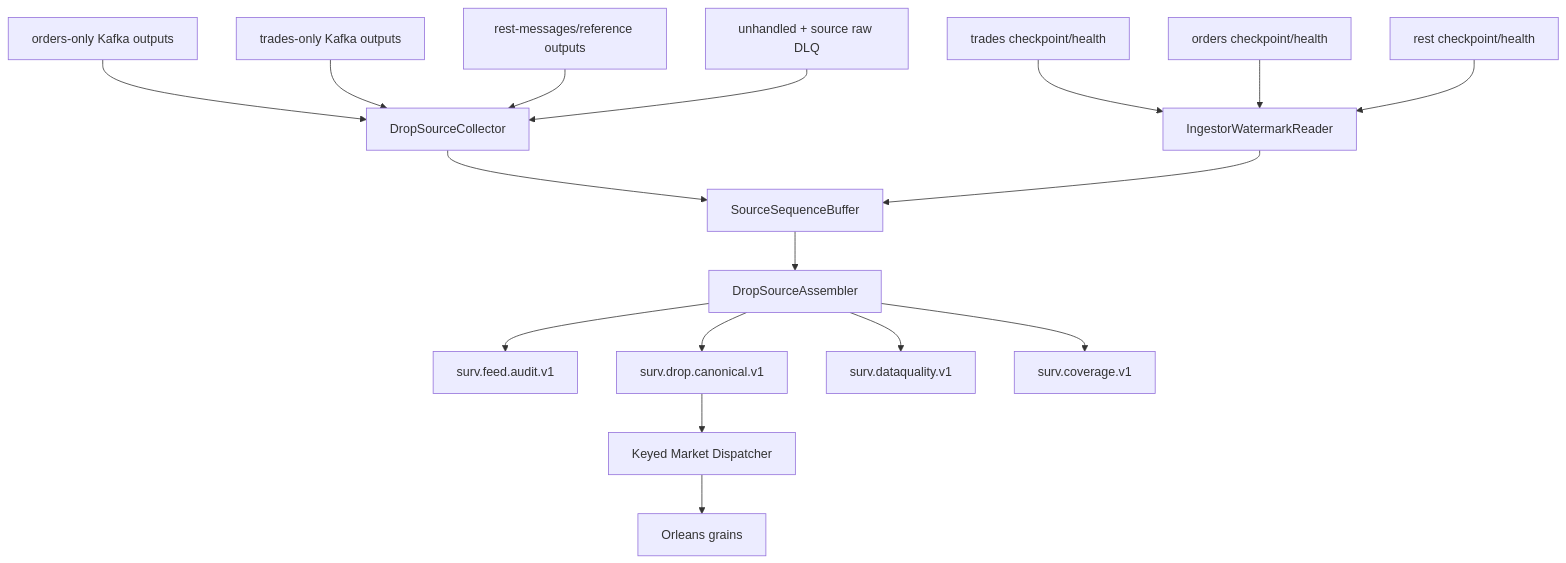
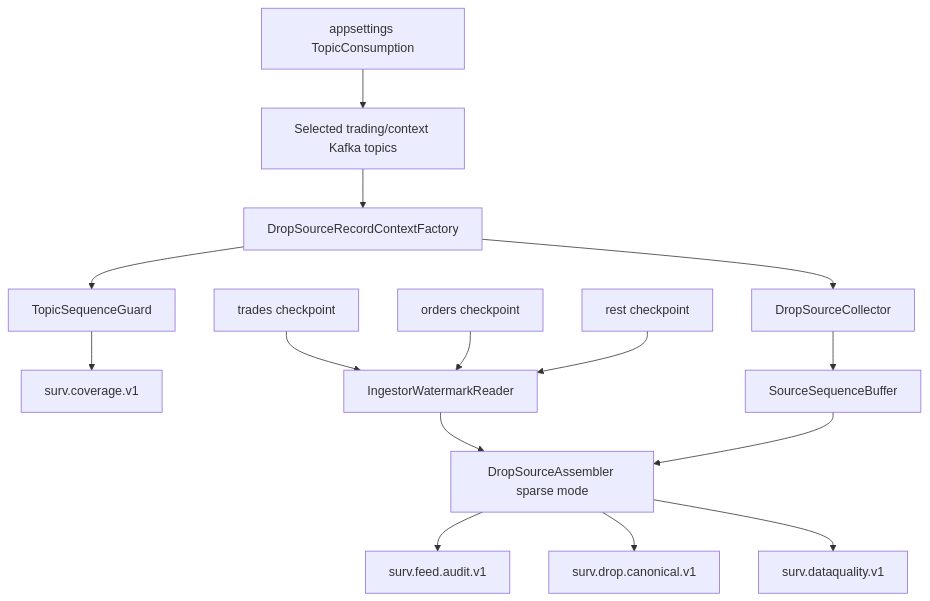
One commit to adnanelhabashy/surveillance-knowledge-base changed the diagram in Market-Surveillance-Full-Plan-Doc-Refrence/Architecture/Implementation-Start/09 - Source Assembly and Ordering Logic.md. Above: the diagram before and after it, drawn with Mermaid. The commit also changed other lines of this file, not shown here.

Commit message:
Use sparse MME ordering and per-topic gap detection

````diff
--- a/Market-Surveillance-Full-Plan-Doc-Refrence/Architecture/Implementation-Start/09 - Source Assembly and Ordering Logic.md
+++ b/Market-Surveillance-Full-Plan-Doc-Refrence/Architecture/Implementation-Start/09 - Source Assembly and Ordering Logic.md
@@ -61,23 +53,21 @@
 ```mermaid
 flowchart TB
-    O[orders-only Kafka outputs] --> COL[DropSourceCollector]
-    T[trades-only Kafka outputs] --> COL
-    R[rest-messages/reference outputs] --> COL
-    U[unhandled + source raw DLQ] --> COL
+    CFG[appsettings TopicConsumption] --> K[Selected trading/context Kafka topics]
+    K --> CTX[DropSourceRecordContextFactory]
 
-    W1[trades checkpoint/health] --> WM[IngestorWatermarkReader]
-    W2[orders checkpoint/health] --> WM
-    W3[rest checkpoint/health] --> WM
+    CTX --> TSG[TopicSequenceGuard]
+    TSG --> COVER[surv.coverage.v1]
 
+    CTX --> COL[DropSourceCollector]
     COL --> BUF[SourceSequenceBuffer]
-    WM --> BUF
 
-    BUF --> ASM[DropSourceAssembler]
+    W1[trades checkpoint] --> WM[IngestorWatermarkReader]
+    W2[orders checkpoint] --> WM
+    W3[rest checkpoint] --> WM
+    WM --> ASM[DropSourceAssembler sparse mode]
+    BUF --> ASM
+
     ASM --> AUDIT[surv.feed.audit.v1]
     ASM --> CANON[surv.drop.canonical.v1]
     ASM --> DQ[surv.dataquality.v1]
-    ASM --> COVER[surv.coverage.v1]
-
-    CANON --> DISP[Keyed Market Dispatcher]
-    DISP --> ORL[Orleans grains]
 ```
````
